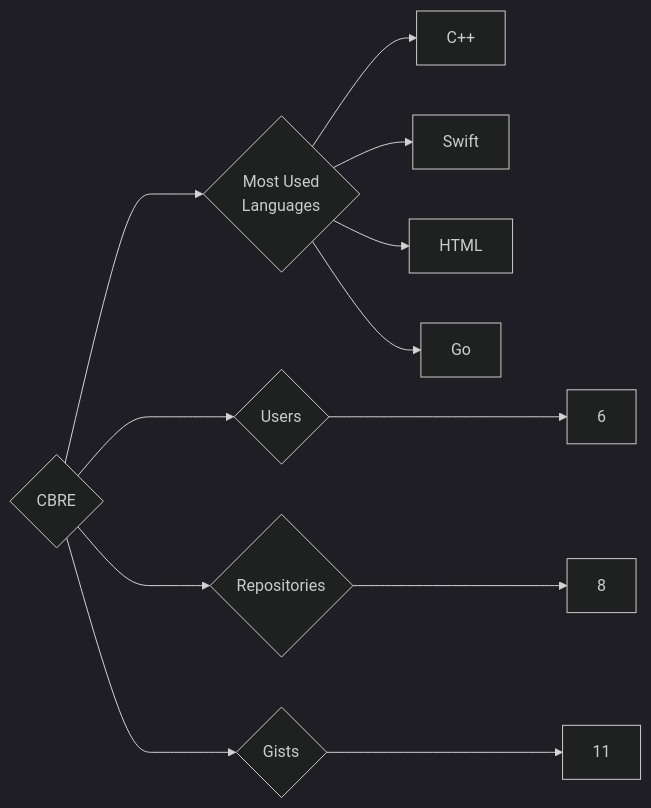
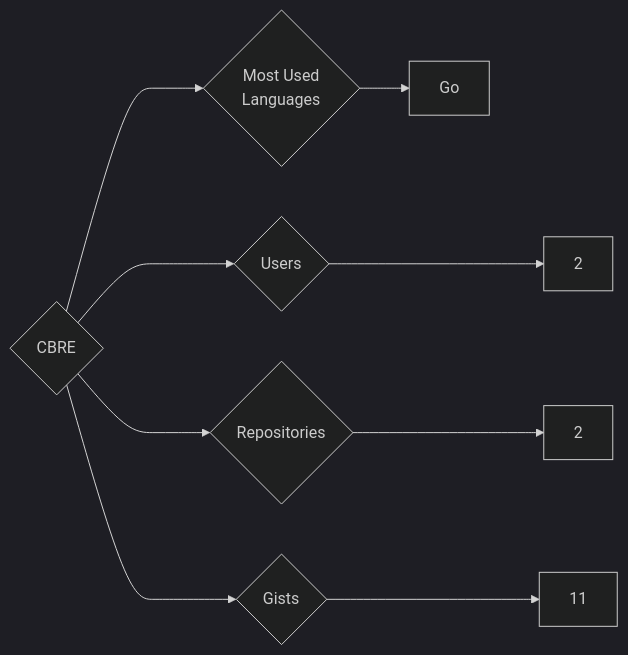
One commit to trickest/insiders changed the diagram in targets/CBRE/README.md. Above: the diagram before and after it, drawn with Mermaid (dark theme). The commit also changed 1092 other files, not shown here.

````diff
--- a/targets/CBRE/README.md
+++ b/targets/CBRE/README.md
@@ -3,12 +3,9 @@
 ```mermaid
 graph LR
 COMPANY_NAME{CBRE}
-COMPANY_NAME ---> U{Users} ---> UN[6]
-COMPANY_NAME ---> R{Repositories} ---> RN[8]
+COMPANY_NAME ---> U{Users} ---> UN[2]
+COMPANY_NAME ---> R{Repositories} ---> RN[2]
 COMPANY_NAME ---> G{Gists} ---> GN[11]
 COMPANY_NAME ---> ML{Most Used<br>Languages}
-ML --> C++[C++]
-ML --> Swift[Swift]
-ML --> HTML[HTML]
 ML --> Go[Go]
 ```
````
